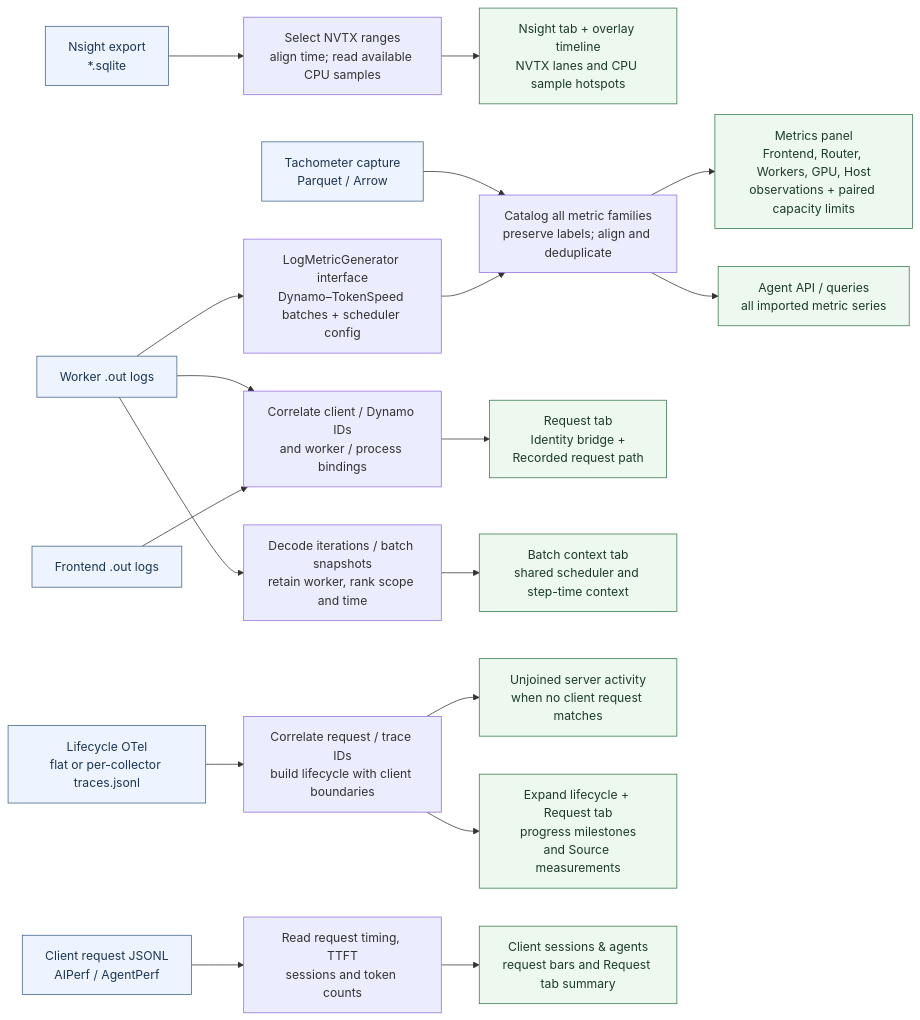
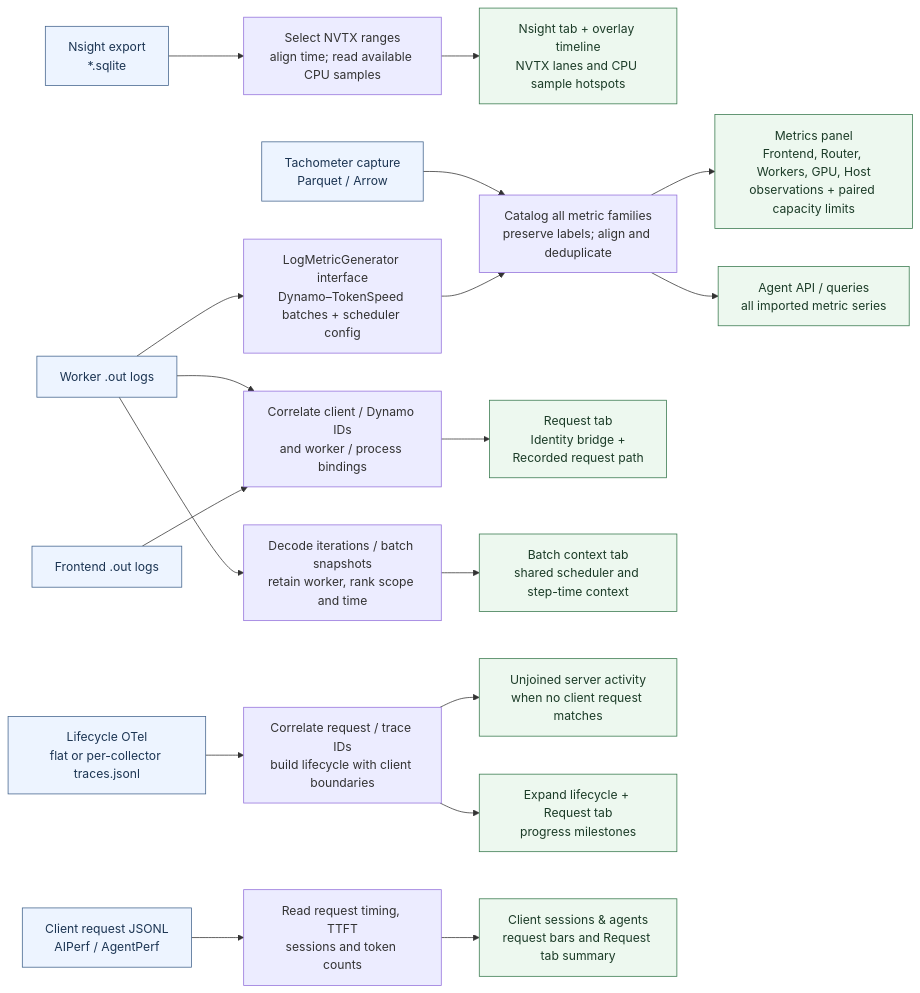
One commit to FrankD412/srt-slurm changed the first of 2 diagrams in docs/dsight-data-flow.md. Above: the diagram before and after it, drawn with Mermaid. The commit also changed other lines of this file and 4 other files, not shown here.

````diff
--- a/docs/dsight-data-flow.md
+++ b/docs/dsight-data-flow.md
@@ -14,29 +14,29 @@
 ```mermaid
 flowchart LR
     N["Nsight export<br/>*.sqlite"] --> NP["Select NVTX ranges<br/>align time; read available CPU samples"]
     NP --> NU["Nsight tab + overlay timeline<br/>NVTX lanes and CPU sample hotspots"]
 
     T["Tachometer capture<br/>Parquet / Arrow"] --> MP["Catalog all metric families<br/>preserve labels; align and deduplicate"]
     MP --> MU["Metrics panel<br/>Frontend, Router, Workers, GPU, Host<br/>observations + paired capacity limits"]
     MP --> MQ["Agent API / queries<br/>all imported metric series"]
 
     W["Worker .out logs"] --> IP["Correlate client / Dynamo IDs<br/>and worker / process bindings"]
     F["Frontend .out logs"] --> IP
     IP --> IU["Request tab<br/>Identity bridge +<br/>Recorded request path"]
     W --> LM["LogMetricGenerator interface<br/>Dynamo–TokenSpeed batches + scheduler config"]
     LM --> MP
     W --> BP["Decode iterations / batch snapshots<br/>retain worker, rank scope and time"]
     BP --> BU["Batch context tab<br/>shared scheduler and step-time context"]
 
     O["Lifecycle OTel<br/>flat or per-collector traces.jsonl"] --> LP["Correlate request / trace IDs<br/>build lifecycle with client boundaries"]
     LP --> SU["Unjoined server activity<br/>when no client request matches"]
-    LP --> LU["Expand lifecycle + Request tab<br/>progress milestones<br/>and Source measurements"]
+    LP --> LU["Expand lifecycle + Request tab<br/>progress milestones"]
 
     C["Client request JSONL<br/>AIPerf / AgentPerf"] --> CP["Read request timing, TTFT<br/>sessions and token counts"]
     CP --> CU["Client sessions & agents<br/>request bars and Request tab summary"]
 
     classDef source fill:#edf4ff,stroke:#42638c,color:#1c3553;
     classDef ui fill:#edf8ef,stroke:#36784c,color:#1c3c28;
     class N,T,W,F,O,C source;
     class NU,MU,MQ,IU,BU,LU,SU,CU ui;
 ```
````
